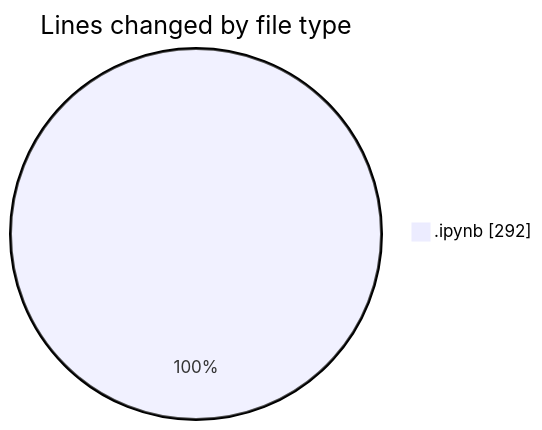
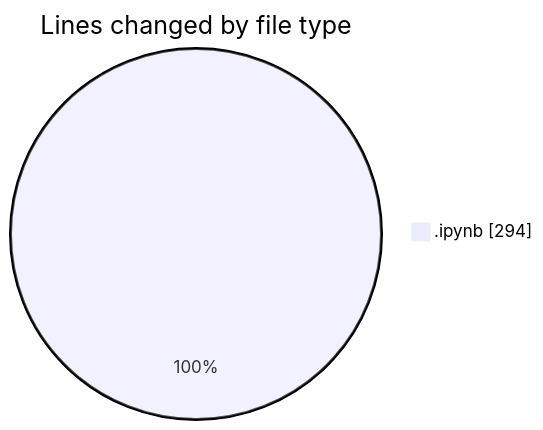
One commit to Unknowalive/code-tracking changed the first of 2 diagrams in 2026-08-25/pws_v/README.md. Above: the diagram before and after it, drawn with Mermaid. The commit also changed other lines of this file and 1 other file, not shown here.

````diff
--- a/2026-08-25/pws_v/README.md
+++ b/2026-08-25/pws_v/README.md
@@ -20,5 +20,5 @@
 ```mermaid
 pie showData
 title Lines changed by file type
-".ipynb" : 292
+".ipynb" : 294
 ```
````
